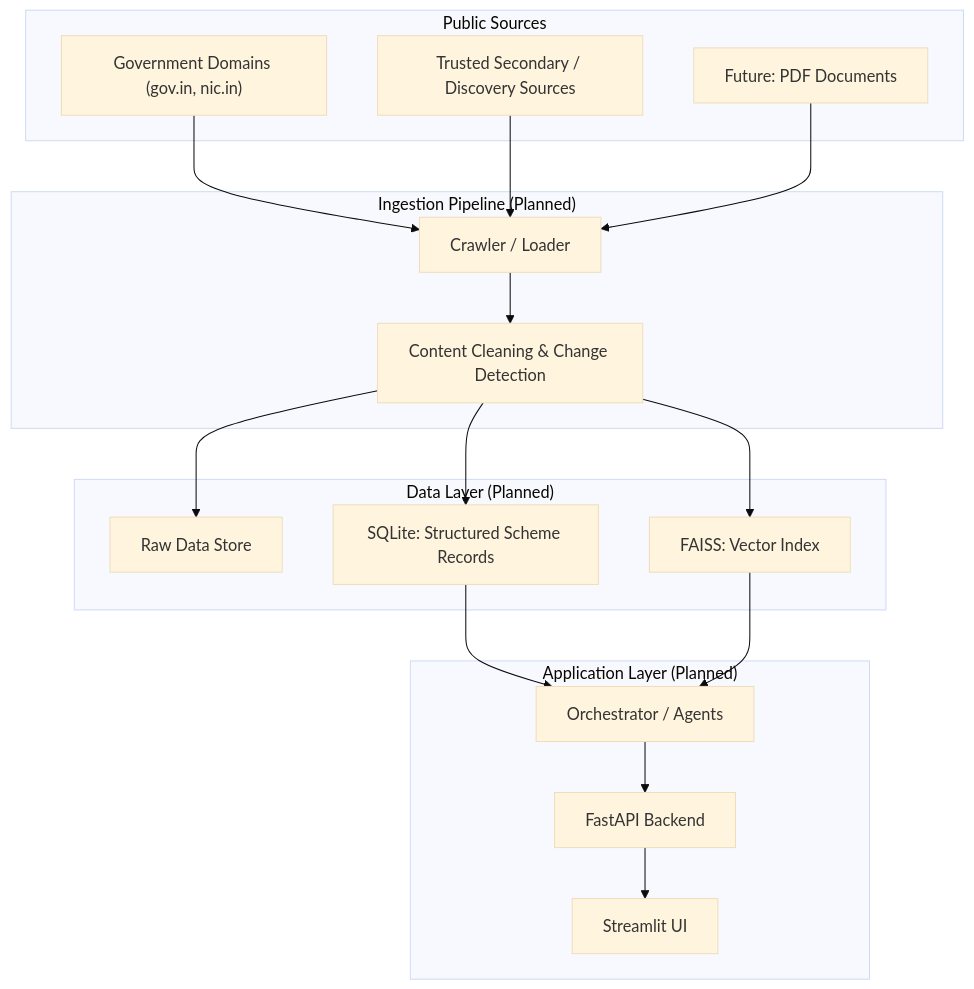
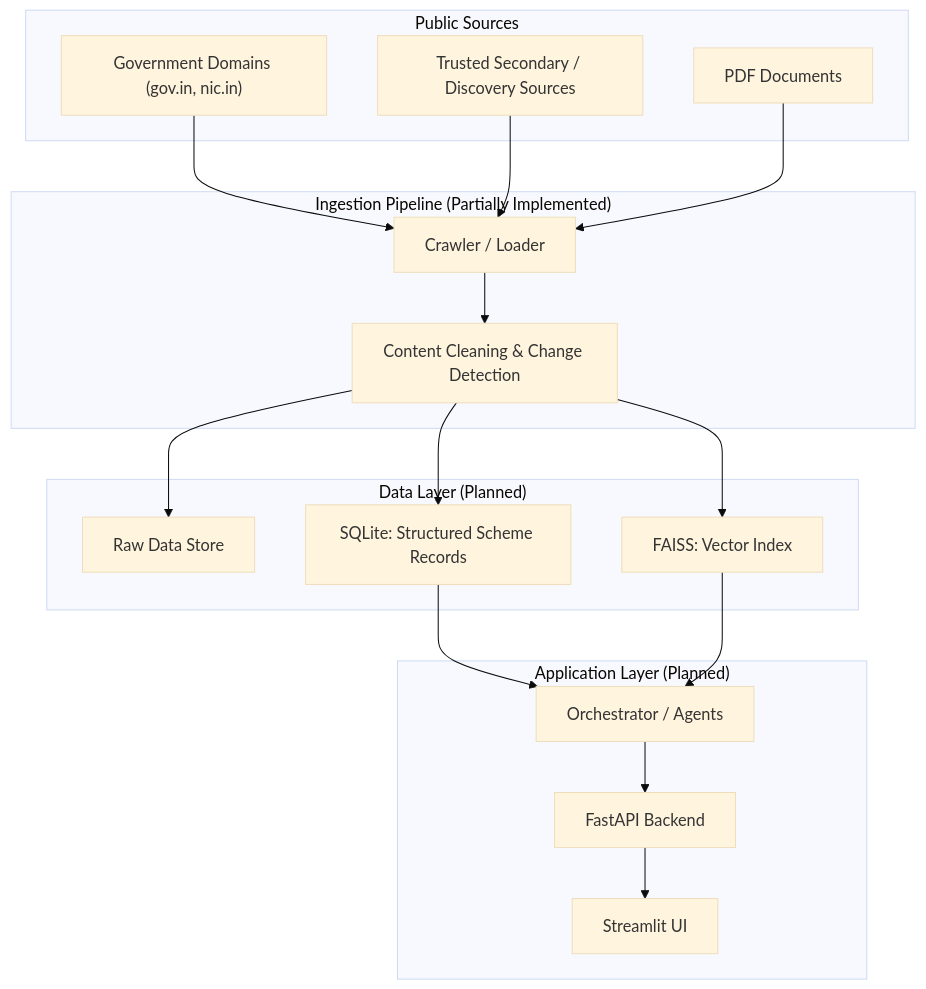
The first of 3 diagrams in README.md (NiharikaKrishna-DS/AgriSubsidyAI-RAG), drawn with Mermaid (base theme) before and after one commit. The commit also changed other lines of this file and 8 other files, not shown here.

Commit message:
Feat: Implement recursive chunking pipeline and add ingestion processing logic

````diff
--- a/README.md
+++ b/README.md
@@ -100,38 +141,38 @@
 ```mermaid
 flowchart TB
     subgraph Sources["Public Sources"]
         GOV["Government Domains (gov.in, nic.in)"]
         SEC["Trusted Secondary / Discovery Sources"]
-        PDF["Future: PDF Documents"]
+        PDF["PDF Documents"]
     end
 
-    subgraph Ingestion["Ingestion Pipeline (Planned)"]
+    subgraph Ingestion["Ingestion Pipeline (Partially Implemented)"]
         CRAWL["Crawler / Loader"]
         CLEAN["Content Cleaning & Change Detection"]
     end
 
     subgraph Storage["Data Layer (Planned)"]
         RAW["Raw Data Store"]
         SQLITE["SQLite: Structured Scheme Records"]
         FAISS["FAISS: Vector Index"]
     end
 
     subgraph App["Application Layer (Planned)"]
         ORCH["Orchestrator / Agents"]
         API["FastAPI Backend"]
         UI["Streamlit UI"]
     end
 
     GOV --> CRAWL
     SEC --> CRAWL
     PDF --> CRAWL
     CRAWL --> CLEAN
     CLEAN --> RAW
     CLEAN --> SQLITE
     CLEAN --> FAISS
 
     SQLITE --> ORCH
     FAISS --> ORCH
     ORCH --> API
     API --> UI
 ```
````
